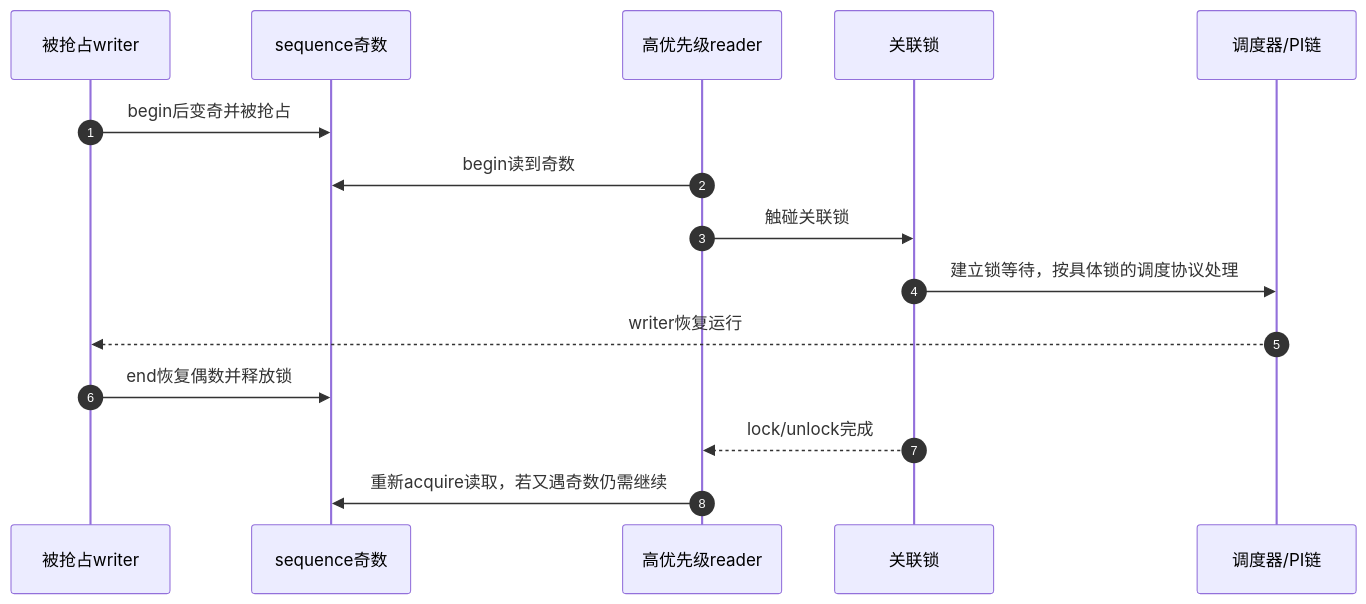
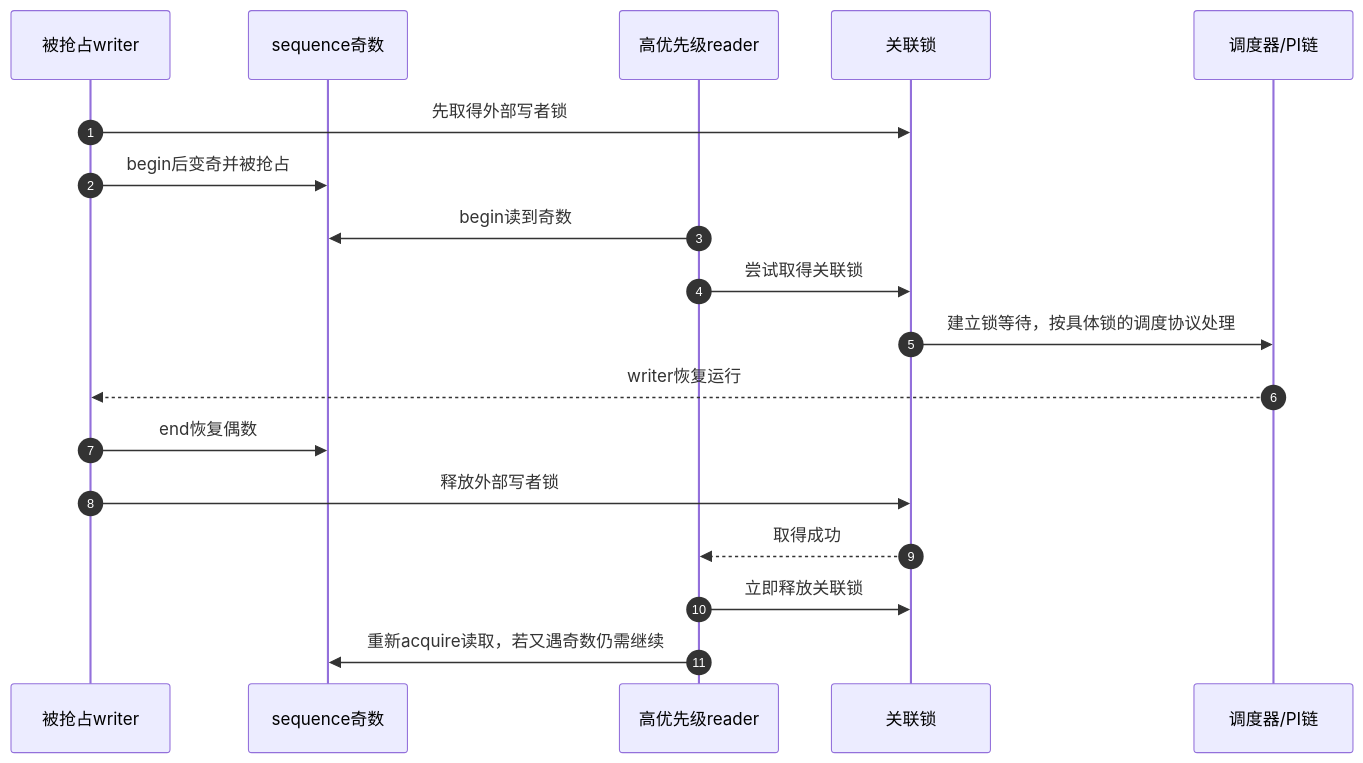
Before and after one commit to FormingSystem/linux_note: the second of 2 diagrams in knowledge/linux/synchronization_and_asynchrony/synchronization/sequence_counters/P05_关联锁变体与实时性边界.md, drawn with Mermaid. The commit also changed other lines of this file and 11 other files, not shown here.

````diff
--- a/knowledge/linux/synchronization_and_asynchrony/synchronization/sequence_counters/P05_关联锁变体与实时性边界.md
+++ b/knowledge/linux/synchronization_and_asynchrony/synchronization/sequence_counters/P05_关联锁变体与实时性边界.md
@@ -47,18 +51,21 @@
 ```mermaid
 sequenceDiagram
     autonumber
     participant W as 被抢占writer
     participant S as sequence奇数
     participant R as 高优先级reader
     participant L as 关联锁
     participant C as 调度器/PI链
 
+    W->>L: 先取得外部写者锁
     W->>S: begin后变奇并被抢占
     R->>S: begin读到奇数
-    R->>L: 触碰关联锁
+    R->>L: 尝试取得关联锁
     L->>C: 建立锁等待，按具体锁的调度协议处理
     C-->>W: writer恢复运行
-    W->>S: end恢复偶数并释放锁
-    L-->>R: lock/unlock完成
+    W->>S: end恢复偶数
+    W->>L: 释放外部写者锁
+    L-->>R: 取得成功
+    R->>L: 立即释放关联锁
     R->>S: 重新acquire读取，若又遇奇数仍需继续
 ```
````
